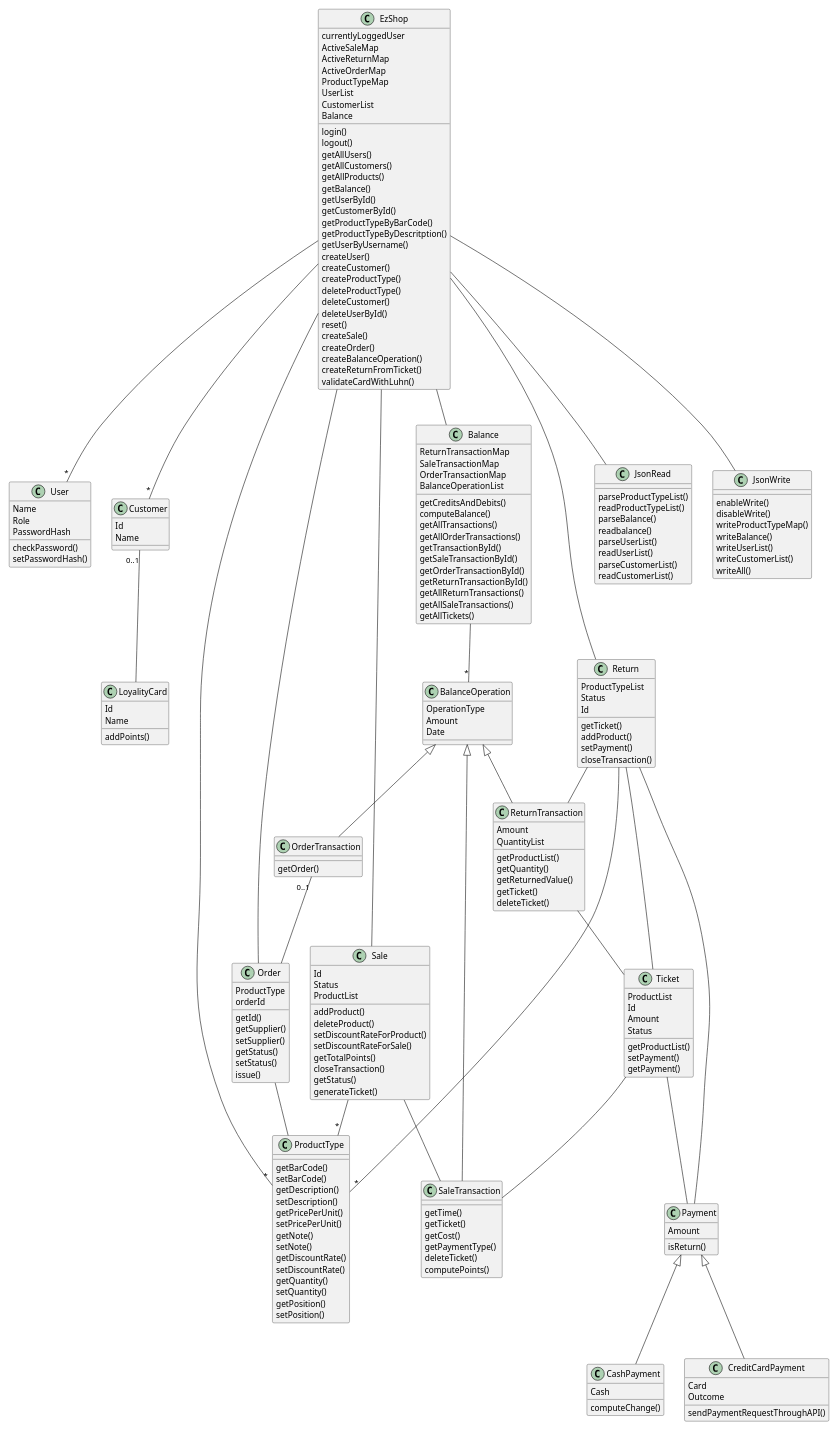
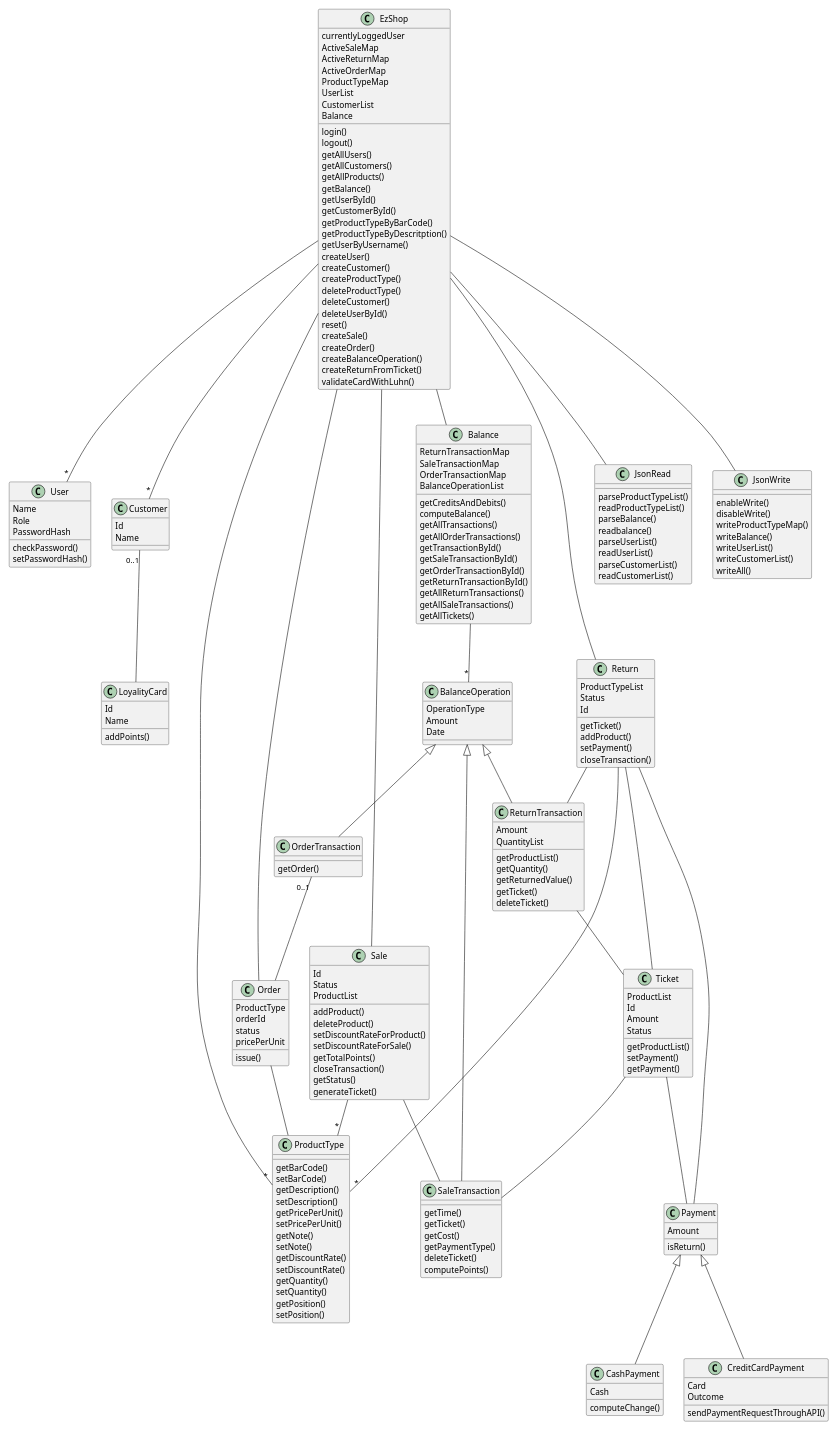
Before and after one commit to paolotron/EzshoProject31: the second of 15 diagrams in Deliverables/DesignDocument.md, drawn with PlantUML. The commit also changed other lines of this file, not shown here.

```diff
--- a/Deliverables/DesignDocument.md
+++ b/Deliverables/DesignDocument.md
@@ -117,11 +117,8 @@
 class Order{
     ProductType
     orderId
-    getId()
-    getSupplier()
-    setSupplier()
-    getStatus()
-    setStatus()
+    status
+    pricePerUnit
     issue()
 }
 class SaleTransaction{
```
